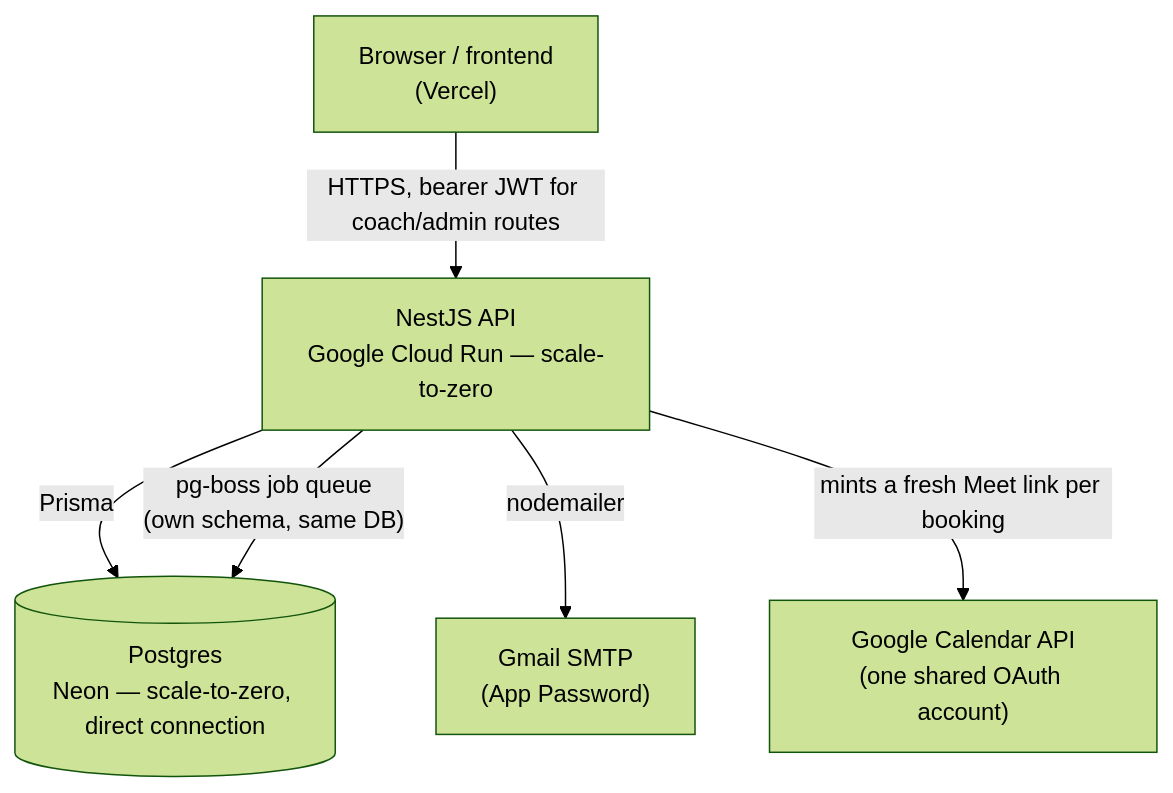
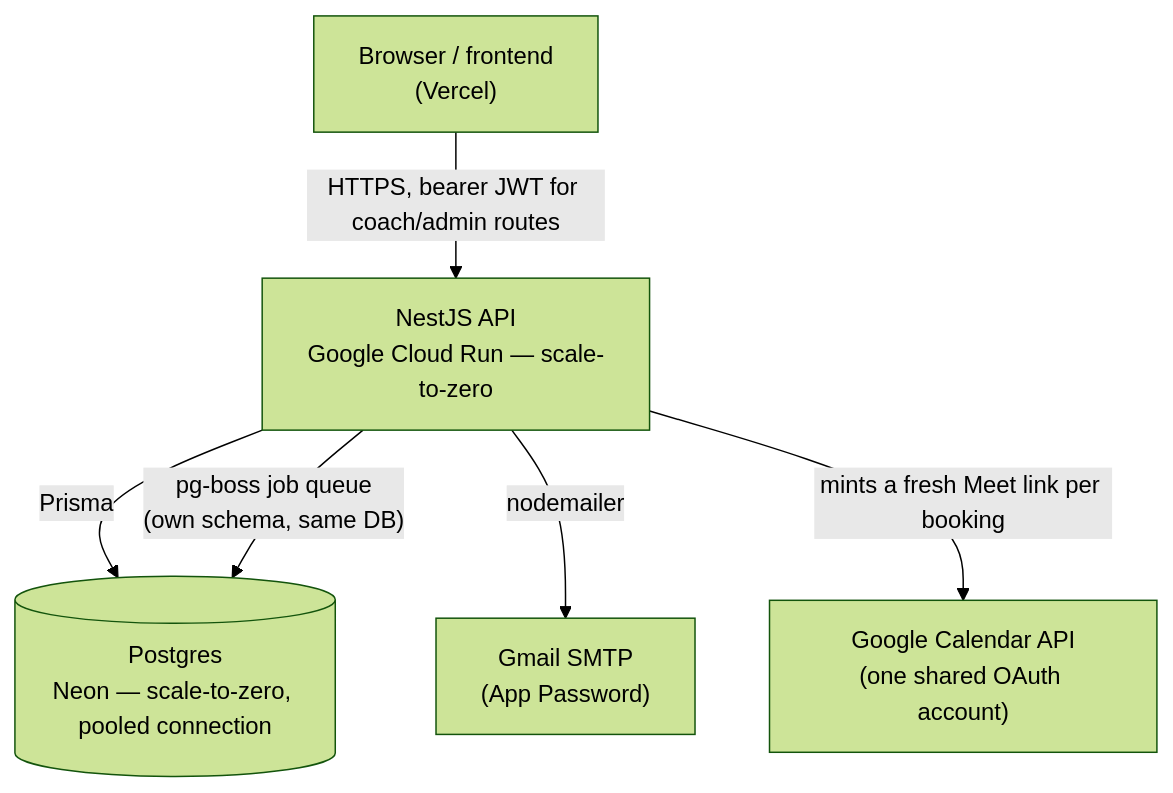
The first of 2 diagrams in README.md (gerencserjani/betti-coaching-calendar), drawn with Mermaid (forest theme) before and after one commit. The commit also changed other lines of this file and 2 other files, not shown here.

First line of the commit message:
perf: switch production to Neon's pooled connection, keep direct for migrations

````diff
--- a/README.md
+++ b/README.md
@@ -12,14 +12,14 @@
 ```mermaid
 graph TB
     Client["Browser / frontend<br/>(Vercel)"]
     API["NestJS API<br/>Google Cloud Run — scale-to-zero"]
-    DB[("Postgres<br/>Neon — scale-to-zero, direct connection")]
+    DB[("Postgres<br/>Neon — scale-to-zero, pooled connection")]
     Gmail["Gmail SMTP<br/>(App Password)"]
     GCal["Google Calendar API<br/>(one shared OAuth account)"]
 
     Client -- "HTTPS, bearer JWT for coach/admin routes" --> API
     API -- "Prisma" --> DB
     API -- "pg-boss job queue<br/>(own schema, same DB)" --> DB
     API -- "nodemailer" --> Gmail
     API -- "mints a fresh Meet link per booking" --> GCal
 ```
````
